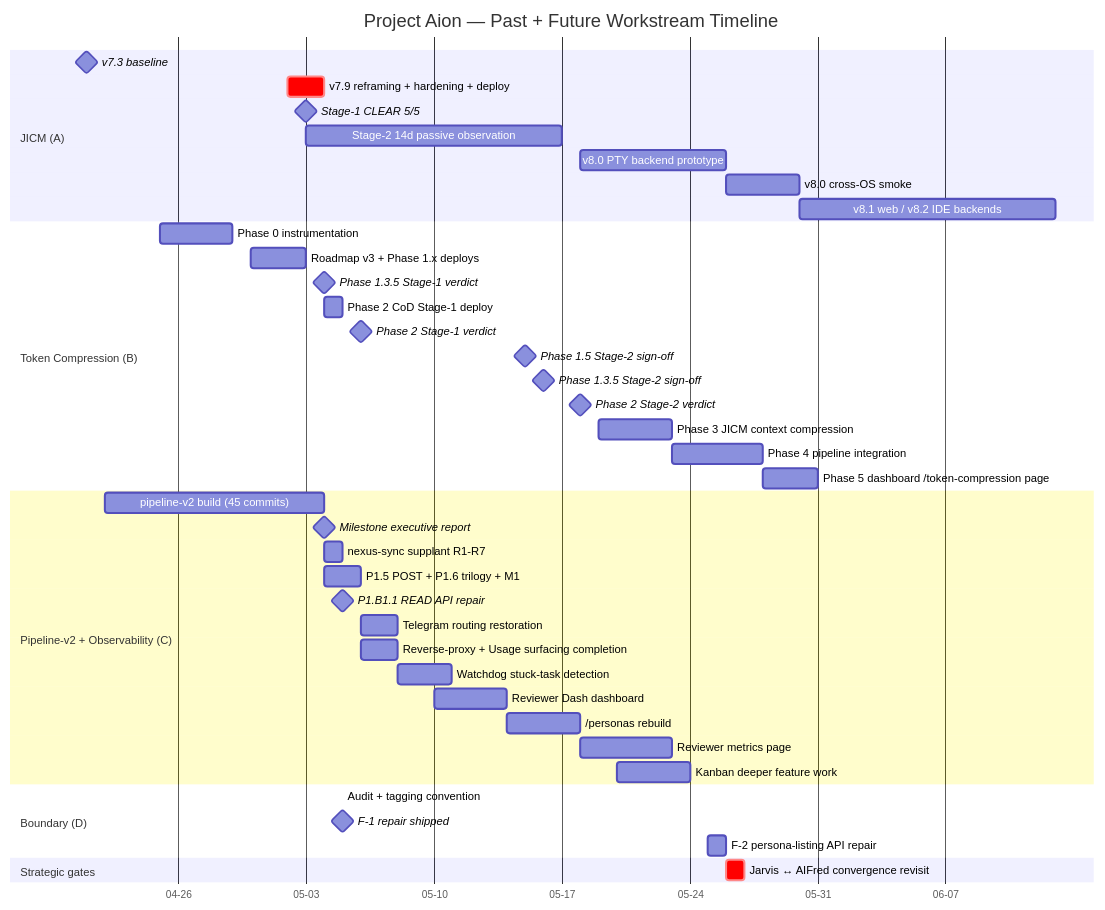
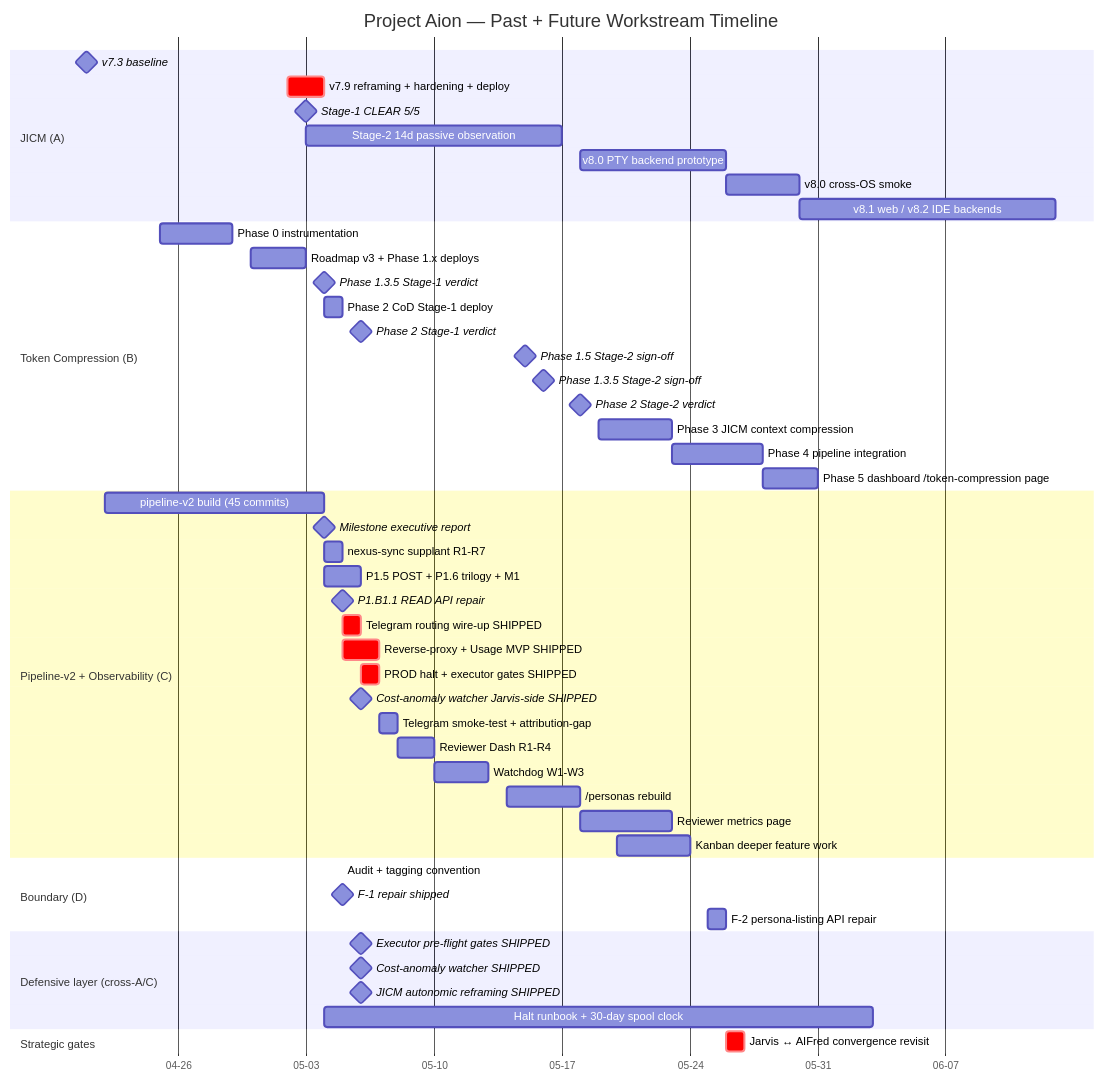
Before and after one commit to CannonCoPilot/Project_Aion: the third of 7 diagrams in projects/project-aion/designs/project-aion-workstream-architecture-2026-05-05.md, drawn with Mermaid. The commit also changed other lines of this file and 4 other files, not shown here.

First line of the commit message:
docs(workstreams): project-aion v1.4 — defensive layer + JICM validation

````diff
--- a/projects/project-aion/designs/project-aion-workstream-architecture-2026-05-05.md
+++ b/projects/project-aion/designs/project-aion-workstream-architecture-2026-05-05.md
@@ -188,50 +211,59 @@
 ```mermaid
 gantt
     title Project Aion — Past + Future Workstream Timeline
     dateFormat YYYY-MM-DD
     axisFormat %m-%d
 
     section JICM (A)
     v7.3 baseline                                :milestone, jicm-base, 2026-04-21, 0d
     v7.9 reframing + hardening + deploy          :crit, jicm-deploy, 2026-05-02, 2d
     Stage-1 CLEAR 5/5                            :milestone, jicm-s1, 2026-05-03, 0d
     Stage-2 14d passive observation              :jicm-s2, 2026-05-03, 14d
     v8.0 PTY backend prototype                   :jicm-v8, 2026-05-18, 8d
     v8.0 cross-OS smoke                          :jicm-v8b, after jicm-v8, 4d
     v8.1 web / v8.2 IDE backends                 :jicm-v8x, after jicm-v8b, 14d
 
     section Token Compression (B)
     Phase 0 instrumentation                      :tc-p0, 2026-04-25, 4d
     Roadmap v3 + Phase 1.x deploys               :tc-p1, 2026-04-30, 3d
     Phase 1.3.5 Stage-1 verdict                  :milestone, tc-p135-s1, 2026-05-04, 0d
     Phase 2 CoD Stage-1 deploy                   :tc-p2, 2026-05-04, 1d
     Phase 2 Stage-1 verdict                      :milestone, tc-p2-s1, 2026-05-06, 0d
     Phase 1.5 Stage-2 sign-off                   :milestone, tc-p15-s2, 2026-05-15, 0d
     Phase 1.3.5 Stage-2 sign-off                 :milestone, tc-p135-s2, 2026-05-16, 0d
     Phase 2 Stage-2 verdict                      :milestone, tc-p2-s2, 2026-05-18, 0d
     Phase 3 JICM context compression             :tc-p3, 2026-05-19, 4d
     Phase 4 pipeline integration                 :tc-p4, after tc-p3, 5d
     Phase 5 dashboard /token-compression page    :tc-p5, after tc-p4, 3d
 
     section Pipeline-v2 + Observability (C)
     pipeline-v2 build (45 commits)               :p2v, 2026-04-22, 12d
     Milestone executive report                   :milestone, p2v-er, 2026-05-04, 0d
     nexus-sync supplant R1-R7                    :supp, 2026-05-04, 1d
     P1.5 POST + P1.6 trilogy + M1                :p1x, 2026-05-04, 2d
     P1.B1.1 READ API repair                      :milestone, p1b11, 2026-05-05, 0d
-    Telegram routing restoration                 :tg, 2026-05-06, 2d
-    Reverse-proxy + Usage surfacing completion   :rp, 2026-05-06, 2d
-    Watchdog stuck-task detection                :wd, 2026-05-08, 3d
-    Reviewer Dash dashboard                      :dash, 2026-05-10, 4d
+    Telegram routing wire-up SHIPPED             :crit, tg, 2026-05-05, 1d
+    Reverse-proxy + Usage MVP SHIPPED            :crit, rp, 2026-05-05, 2d
+    PROD halt + executor gates SHIPPED           :crit, halt, 2026-05-06, 1d
+    Cost-anomaly watcher Jarvis-side SHIPPED     :milestone, ca, 2026-05-06, 0d
+    Telegram smoke-test + attribution-gap        :smoke, 2026-05-07, 1d
+    Reviewer Dash R1-R4                          :dash, 2026-05-08, 2d
+    Watchdog W1-W3                               :wd, 2026-05-10, 3d
     /personas rebuild                            :pr, 2026-05-14, 4d
     Reviewer metrics page                        :rm, 2026-05-18, 5d
     Kanban deeper feature work                   :kb, 2026-05-20, 4d
 
     section Boundary (D)
     Audit + tagging convention                   :crit, audit, 2026-05-05, 0d
     F-1 repair shipped                           :milestone, f1, 2026-05-05, 0d
     F-2 persona-listing API repair               :f2, 2026-05-25, 1d
 
+    section Defensive layer (cross-A/C)
+    Executor pre-flight gates SHIPPED            :milestone, peg, 2026-05-06, 0d
+    Cost-anomaly watcher SHIPPED                 :milestone, caw, 2026-05-06, 0d
+    JICM autonomic reframing SHIPPED             :milestone, jar, 2026-05-06, 0d
+    Halt runbook + 30-day spool clock            :clk, 2026-05-04, 30d
+
     section Strategic gates
     Jarvis ↔ AIFred convergence revisit          :crit, conv, 2026-05-26, 1d
 ```
````
